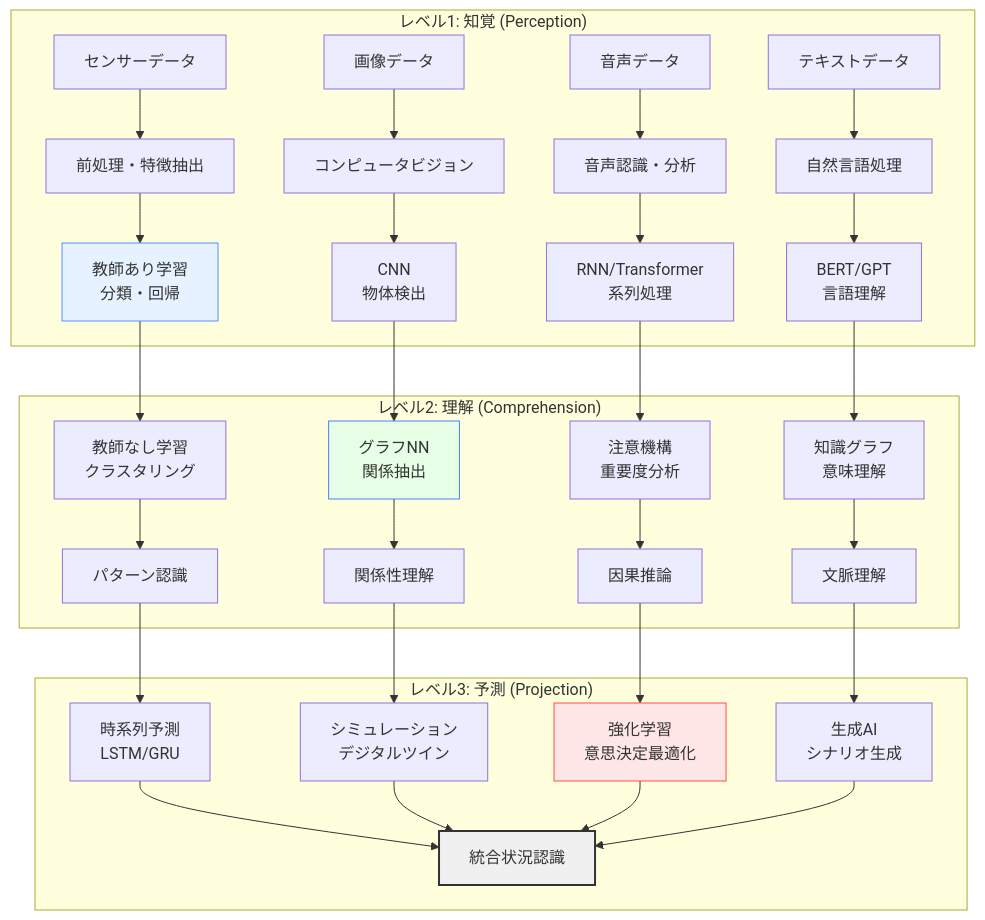
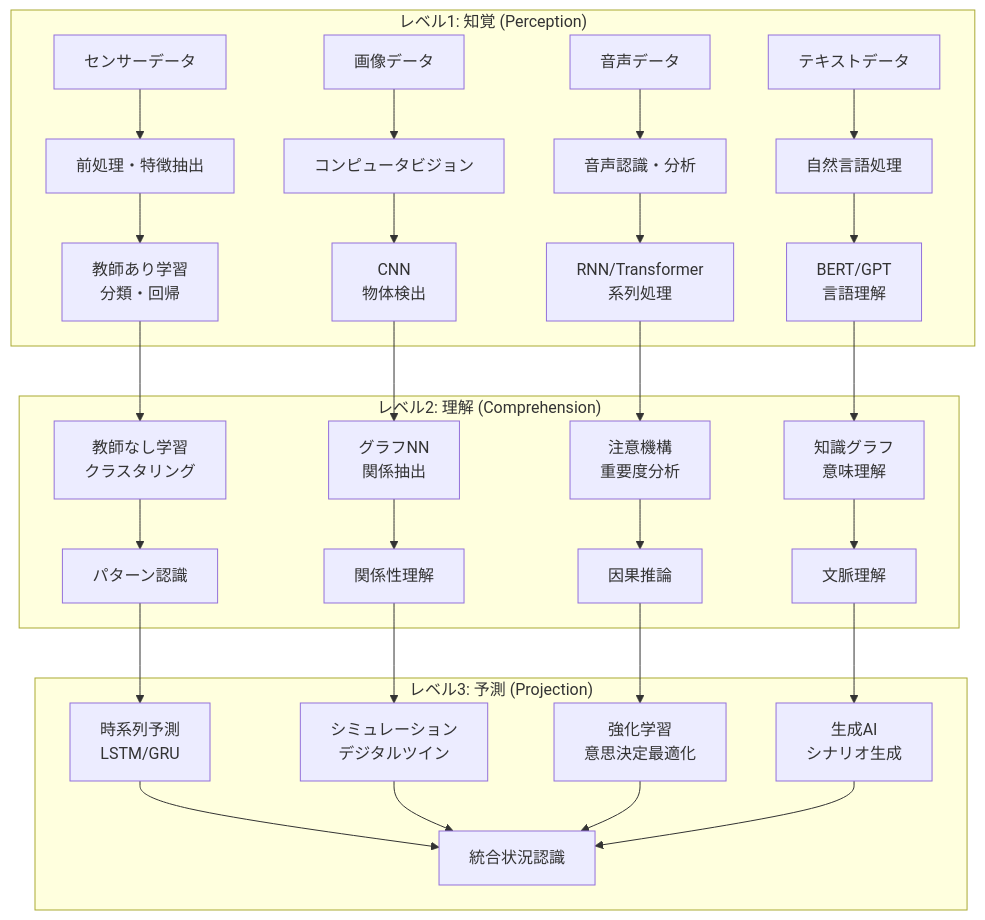
One commit to shuji-bonji/Situational-Awareness-and-Decision-Making changed the diagram in docs/ai-and-future/machine-learning.md. Above: the diagram before and after it, drawn with Mermaid. The commit also changed 49 other files, not shown here.

Commit message:
fix: ダークモードで見づらい図の色の変更

````diff
--- a/docs/ai-and-future/machine-learning.md
+++ b/docs/ai-and-future/machine-learning.md
@@ -22,43 +22,38 @@
 ```mermaid
 graph TD
     subgraph "レベル1: 知覚 (Perception)"
         A1[センサーデータ] --> B1[前処理・特徴抽出]
         A2[画像データ] --> B2[コンピュータビジョン]
         A3[音声データ] --> B3[音声認識・分析]
         A4[テキストデータ] --> B4[自然言語処理]
         
         B1 --> C1[教師あり学習<br/>分類・回帰]
         B2 --> C2[CNN<br/>物体検出]
         B3 --> C3[RNN/Transformer<br/>系列処理]
         B4 --> C4[BERT/GPT<br/>言語理解]
     end
     
     subgraph "レベル2: 理解 (Comprehension)"
         C1 --> D1[教師なし学習<br/>クラスタリング]
         C2 --> D2[グラフNN<br/>関係抽出]
         C3 --> D3[注意機構<br/>重要度分析]
         C4 --> D4[知識グラフ<br/>意味理解]
         
         D1 --> E1[パターン認識]
         D2 --> E2[関係性理解]
         D3 --> E3[因果推論]
         D4 --> E4[文脈理解]
     end
     
     subgraph "レベル3: 予測 (Projection)"
         E1 --> F1[時系列予測<br/>LSTM/GRU]
         E2 --> F2[シミュレーション<br/>デジタルツイン]
         E3 --> F3[強化学習<br/>意思決定最適化]
         E4 --> F4[生成AI<br/>シナリオ生成]
         
         F1 --> G[統合状況認識]
         F2 --> G
         F3 --> G
         F4 --> G
     end
-    
-    style C1 fill:#e6f2ff,stroke:#4d94ff
-    style D2 fill:#e6ffe6,stroke:#4d7fff
-    style F3 fill:#ffe6e6,stroke:#ff4d4d
-    style G fill:#f0f0f0,stroke:#333,stroke-width:2px
 ```
````
